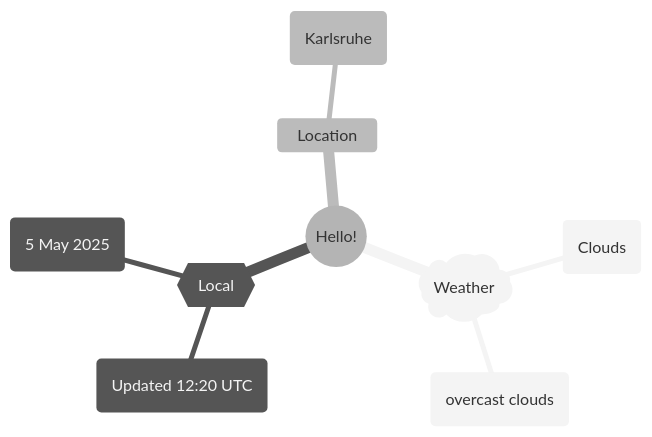
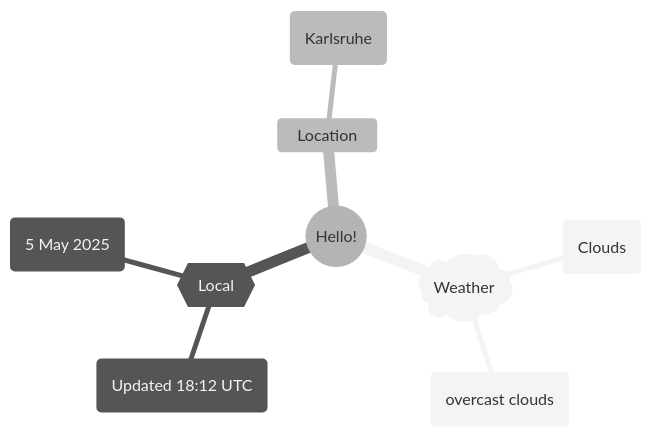
The first of 2 diagrams in README.md (Xosrov/Xosrov), drawn with Mermaid (neutral theme) before and after one commit.

Commit message:
[bot] updated images

````diff
--- a/README.md
+++ b/README.md
@@ -3,12 +3,12 @@
 ```mermaid
 mindmap
   root((Hello!))
     )Weather(
         (Clouds)
         (overcast clouds)
     {{Local}}
-        (Updated 12:20 UTC)
+        (Updated 18:12 UTC)
         (5 May 2025)
     Location
         (Karlsruhe)
 ```
````
